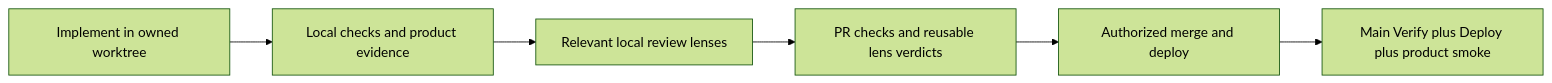
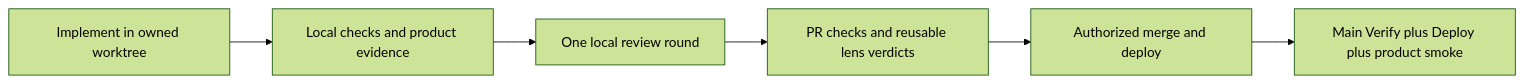
Before and after one commit to dgmolla/fitsy: the diagram in docs/engineering/devops/shipping.md, drawn with Mermaid (forest theme). The commit also changed other lines of this file and 18 other files, not shown here.

Commit message:
Unify independent reviews into one complete domain round

````diff
--- a/docs/engineering/devops/shipping.md
+++ b/docs/engineering/devops/shipping.md
@@ -7,8 +7,8 @@
 ```mermaid
 flowchart LR
     A[Implement in owned worktree] --> B[Local checks and product evidence]
-    B --> C[Relevant local review lenses]
+    B --> C[One local review round]
     C --> D[PR checks and reusable lens verdicts]
     D --> E[Authorized merge and deploy]
     E --> F[Main Verify plus Deploy plus product smoke]
 ```
````
